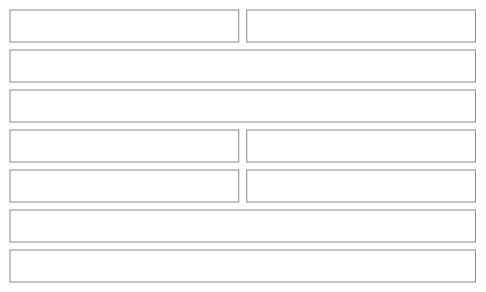
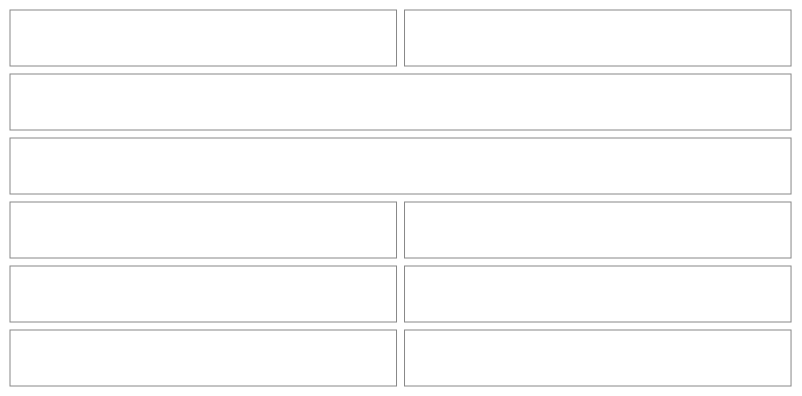
One commit to NovaMoonX/moondreams-dev-apps changed diagram 17 of 31 in src/apps/pinch/UX.md. Above: the diagram before and after it, drawn with Mermaid. The commit also changed other lines of this file and 206 other files, not shown here.

````diff
--- a/src/apps/pinch/UX.md
+++ b/src/apps/pinch/UX.md
@@ -457,25 +547,25 @@
 ```mermaid
 %%{init: {'theme': 'base', 'themeVariables': {'primaryColor': 'transparent', 'primaryBorderColor': '#888888', 'primaryTextColor': '#333333', 'lineColor': '#888888'}}}%%
 block-beta
   columns 2
-  I1["🍗 Chicken breast"]:1
-  I2["Chicken"]:1
-  I3["Per 100 g · 165 cal · 31 g protein · 0 g carbs · 3.6 g fat"]:2
+  I1["Chicken breast"]:1
+  I2["Chicken · ✏️ Adjusted by you · 🍽️ 1 serving = 5 oz"]:1
+  I3["Per 1 serving (5 oz)      [ Per serving ]  Per 100 g<br/>🔥 234 · 💪 44g · 🌾 0g · 🥑 5g"]:2
   I4["Products"]:2
   I5["⭐ Walmart · Great Value 3 lb"]:1
   I6["$9.48"]:1
   I7["Costco · 6.5 lb"]:1
   I8["$19.99"]:1
-  I9["+ Add a product"]:2
-  I11["✏️ Modify"]:2
+  I9["Adjust"]:1
+  I11["+ Add a product"]:1
   style I1 fill:transparent,stroke:#888888,stroke-width:1px;
   style I2 fill:transparent,stroke:#888888,stroke-width:1px;
   style I3 fill:transparent,stroke:#888888,stroke-width:1px;
   style I4 fill:transparent,stroke:#888888,stroke-width:1px;
   style I5 fill:transparent,stroke:#888888,stroke-width:1px;
   style I6 fill:transparent,stroke:#888888,stroke-width:1px;
   style I7 fill:transparent,stroke:#888888,stroke-width:1px;
   style I8 fill:transparent,stroke:#888888,stroke-width:1px;
   style I9 fill:transparent,stroke:#888888,stroke-width:1px;
   style I11 fill:transparent,stroke:#888888,stroke-width:1px;
 ```
````
